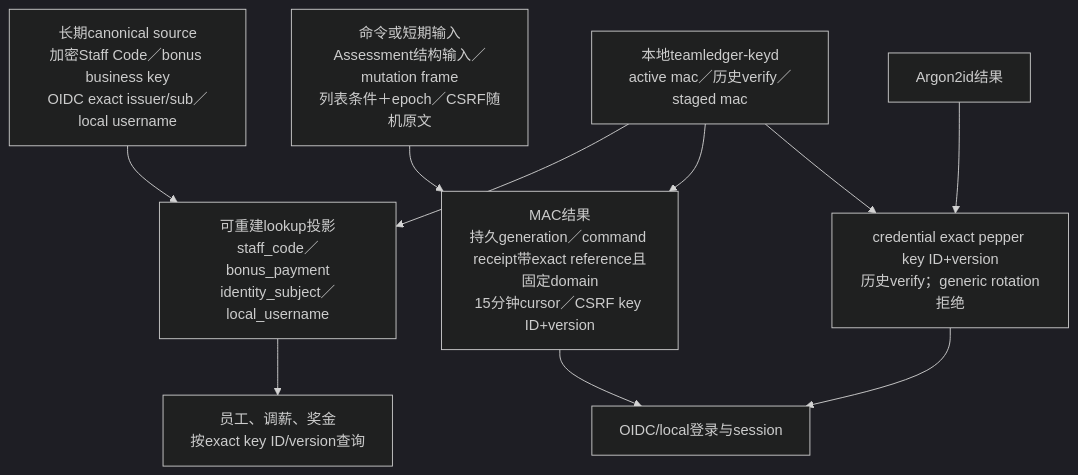
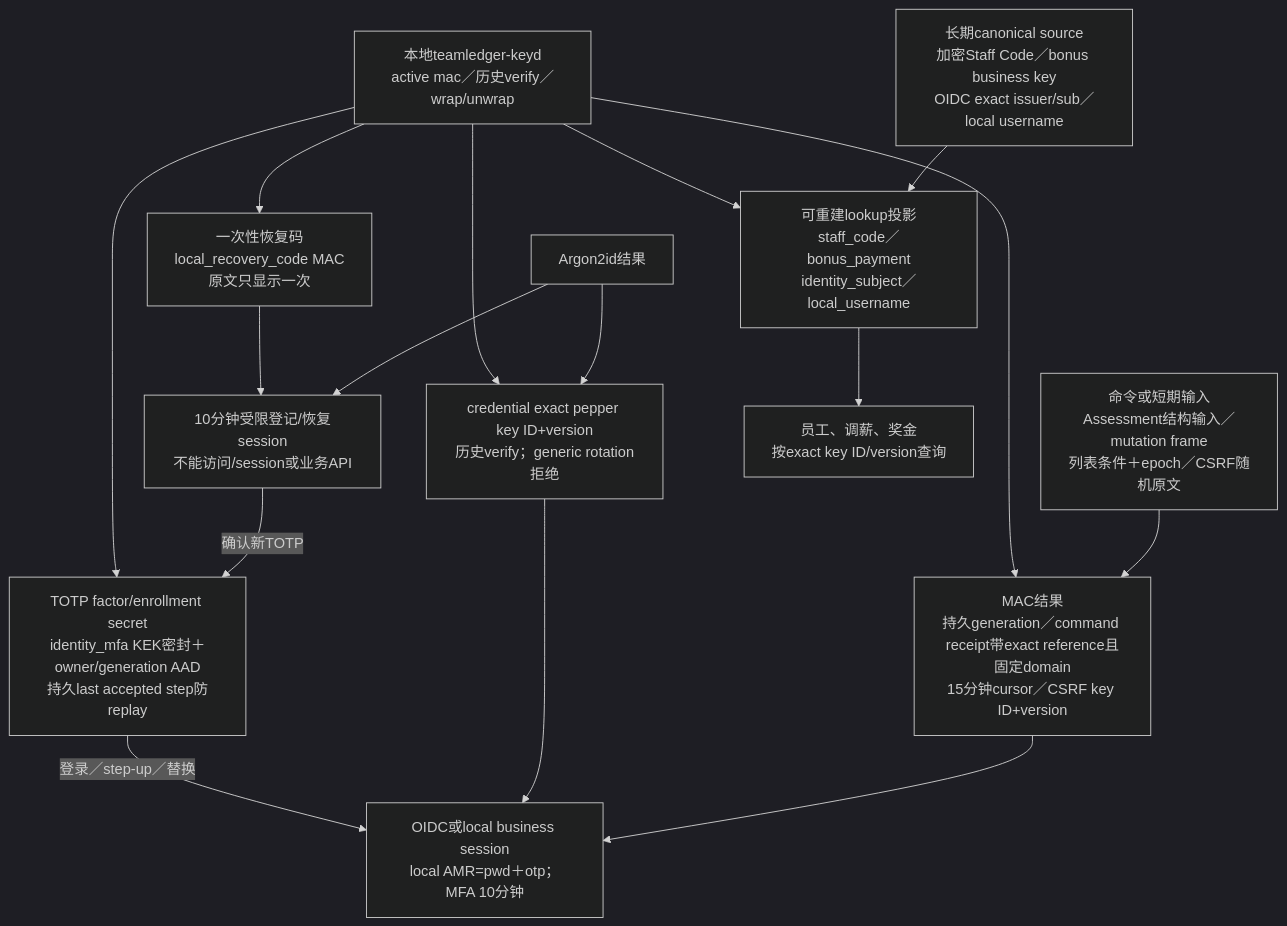
One commit to r404r/team-ledger-pub changed diagram 13 of 13 in docs/FUNCTIONAL_SPEC.md. Above: the diagram before and after it, drawn with Mermaid (dark theme). The commit also changed other lines of this file and 11 other files, not shown here.

Commit message:
feat: complete local totp deployment

````diff
--- a/docs/FUNCTIONAL_SPEC.md
+++ b/docs/FUNCTIONAL_SPEC.md
@@ -973,18 +973,27 @@
 ```mermaid
 flowchart TB
     source["长期canonical source<br/>加密Staff Code／bonus business key<br/>OIDC exact issuer/sub／local username"]
     index["可重建lookup投影<br/>staff_code／bonus_payment<br/>identity_subject／local_username"]
     request["命令或短期输入<br/>Assessment结构输入／mutation frame<br/>列表条件＋epoch／CSRF随机原文"]
     transient["MAC结果<br/>持久generation／command receipt带exact reference且固定domain<br/>15分钟cursor／CSRF key ID+version"]
     password["Argon2id结果"]
     pepper["credential exact pepper key ID+version<br/>历史verify；generic rotation拒绝"]
-    keyd["本地teamledger-keyd<br/>active mac／历史verify／staged mac"]
+    totp["TOTP factor/enrollment secret<br/>identity_mfa KEK密封＋owner/generation AAD<br/>持久last accepted step防replay"]
+    recovery["一次性恢复码<br/>local_recovery_code MAC<br/>原文只显示一次"]
+    restricted["10分钟受限登记/恢复session<br/>不能访问/session或业务API"]
+    keyd["本地teamledger-keyd<br/>active mac／历史verify／wrap/unwrap"]
     business["员工、调薪、奖金<br/>按exact key ID/version查询"]
-    session["OIDC/local登录与session"]
+    session["OIDC或local business session<br/>local AMR=pwd＋otp；MFA 10分钟"]
     source --> index --> business
     request --> transient --> session
     password --> pepper --> session
+    password --> restricted
+    recovery --> restricted
+    restricted -->|"确认新TOTP"| totp
+    totp -->|"登录／step-up／替换"| session
     keyd --> index
     keyd --> transient
     keyd --> pepper
+    keyd --> totp
+    keyd --> recovery
 ```
````
